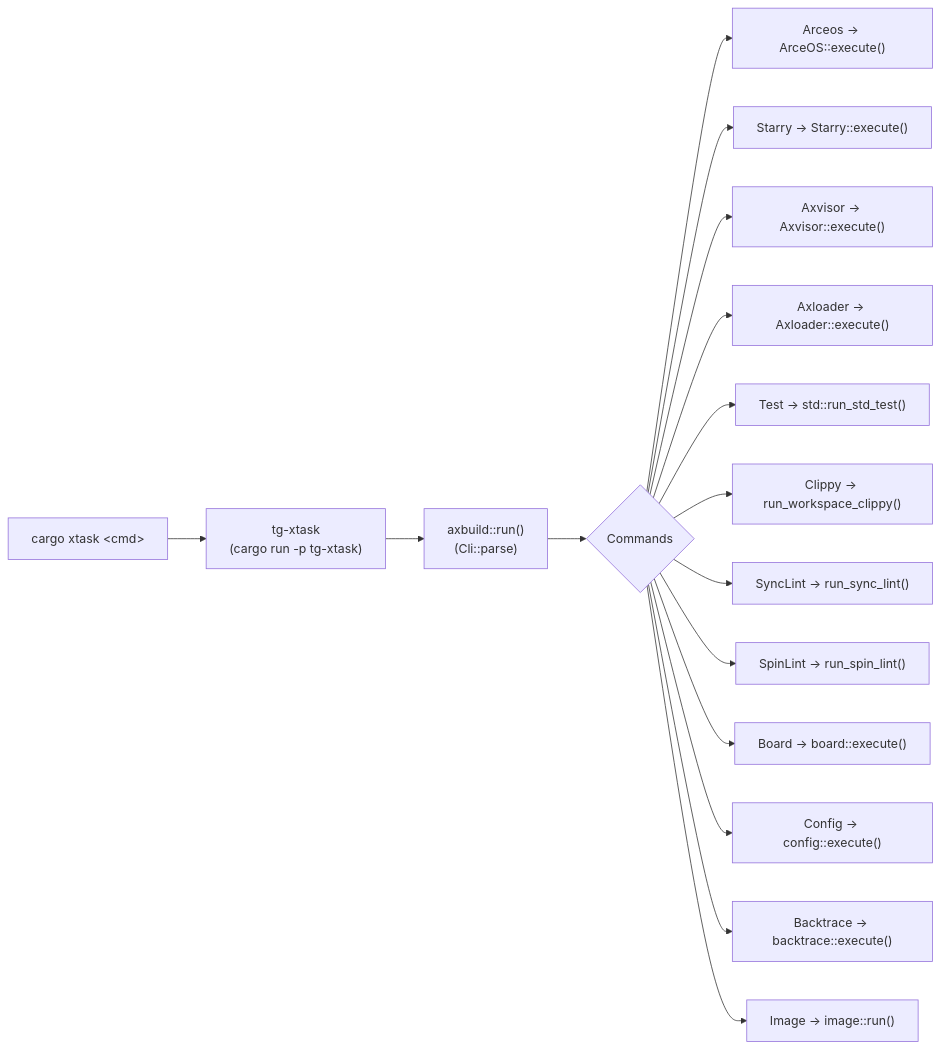
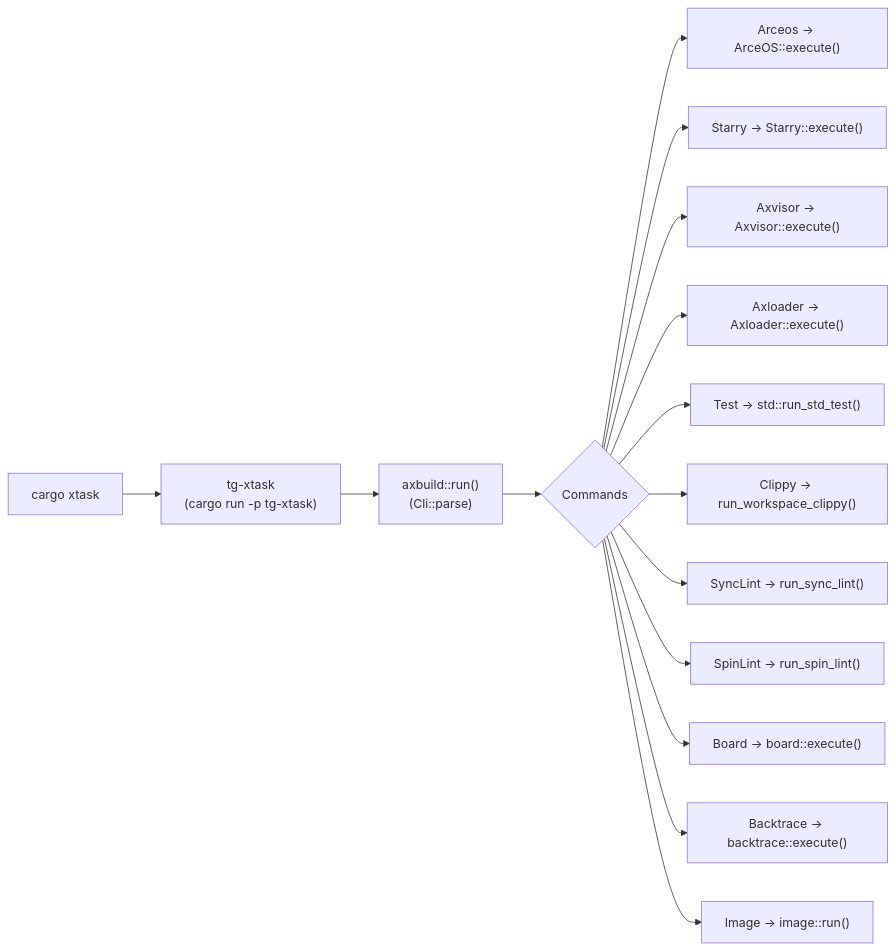
One commit to rcore-os/tgoskits changed the first of 3 diagrams in docs/docs/build/overview.md. Above: the diagram before and after it, drawn with Mermaid. The commit also changed other lines of this file and 45 other files, not shown here.

````diff
--- a/docs/docs/build/overview.md
+++ b/docs/docs/build/overview.md
@@ -16,18 +15,17 @@
 ```mermaid
 flowchart LR
-    A["cargo xtask &lt;cmd&gt;"] --> B["tg-xtask<br/>(cargo run -p tg-xtask)"]
+    A["cargo xtask <cmd>"] --> B["tg-xtask<br/>(cargo run -p tg-xtask)"]
     B --> C["axbuild::run()<br/>(Cli::parse)"]
     C --> D{Commands}
     D --> E["Arceos → ArceOS::execute()"]
     D --> F["Starry → Starry::execute()"]
     D --> G["Axvisor → Axvisor::execute()"]
     D --> G1["Axloader → Axloader::execute()"]
     D --> H["Test → std::run_std_test()"]
     D --> I["Clippy → run_workspace_clippy()"]
     D --> I1["SyncLint → run_sync_lint()"]
     D --> I2["SpinLint → run_spin_lint()"]
     D --> J["Board → board::execute()"]
-    D --> L["Config → config::execute()"]
     D --> L1["Backtrace → backtrace::execute()"]
     D --> L2["Image → image::run()"]
 ```
````
